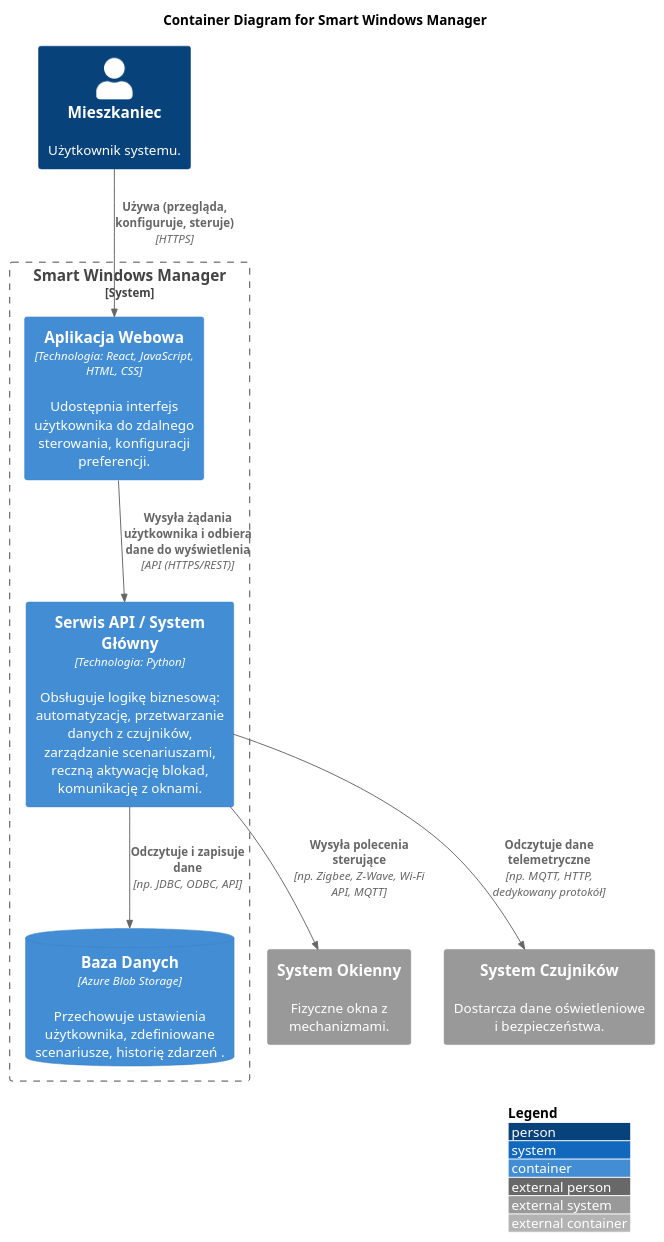
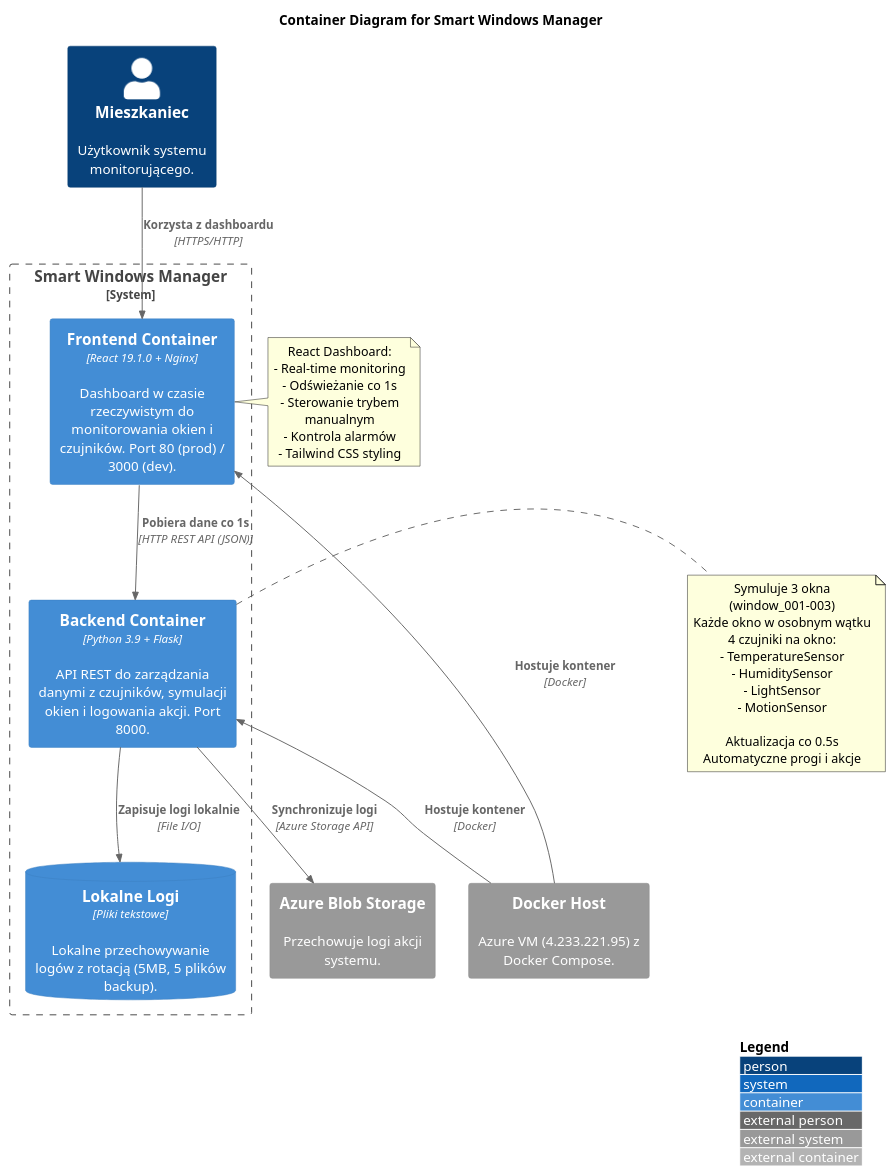
The diagram in Diagram C4/Container Diagram.plantuml (dolhan12211/Smart_Windows_Manager), drawn with PlantUML before and after one commit. The commit also changed 4 other files, not shown here.

```diff
--- a/Diagram C4/Container Diagram.plantuml
+++ b/Diagram C4/Container Diagram.plantuml
@@ -1,26 +1,50 @@
 @startuml
 !include https://raw.githubusercontent.com/plantuml-stdlib/C4-PlantUML/master/C4_Container.puml
 
 LAYOUT_WITH_LEGEND()
 
 title Container Diagram for Smart Windows Manager
 
-Person(user, "Mieszkaniec", "Użytkownik systemu.")
+Person(user, "Mieszkaniec", "Użytkownik systemu monitorującego.")
 
-System_Ext(physical_windows, "System Okienny", "Fizyczne okna z mechanizmami.")
-System_Ext(sensor_system, "System Czujników", "Dostarcza dane oświetleniowe i bezpieczeństwa.")
+System_Ext(azure_storage, "Azure Blob Storage", "Przechowuje logi akcji systemu.")
+System_Ext(docker_host, "Docker Host", "Azure VM (4.233.221.95) z Docker Compose.")
 
 System_Boundary(c1, "Smart Windows Manager") {
-    Container(web_app, "Aplikacja Webowa", "Technologia: React, JavaScript, HTML, CSS", "Udostępnia interfejs użytkownika do zdalnego sterowania, konfiguracji preferencji.")
-    Container(api_service, "Serwis API / System Główny", "Technologia: Python", "Obsługuje logikę biznesową: automatyzację, przetwarzanie danych z czujników, zarządzanie scenariuszami, reczną aktywację blokad, komunikację z oknami.")
-    ContainerDb(database, "Baza Danych", "Azure Blob Storage", "Przechowuje ustawienia użytkownika, zdefiniowane scenariusze, historię zdarzeń .")
+    Container(frontend, "Frontend Container", "React 19.1.0 + Nginx", "Dashboard w czasie rzeczywistym do monitorowania okien i czujników. Port 80 (prod) / 3000 (dev).")
+    Container(backend, "Backend Container", "Python 3.9 + Flask", "API REST do zarządzania danymi z czujników, symulacji okien i logowania akcji. Port 8000.")
+    ContainerDb(local_logs, "Lokalne Logi", "Pliki tekstowe", "Lokalne przechowywanie logów z rotacją (5MB, 5 plików backup).")
 }
 
-Rel_D(user, web_app, "Używa (przegląda, konfiguruje, steruje)", "HTTPS")
-Rel_D(web_app, api_service, "Wysyła żądania użytkownika i odbiera dane do wyświetlenia", "API (HTTPS/REST)")
+Rel_D(user, frontend, "Korzysta z dashboardu", "HTTPS/HTTP")
+Rel_D(frontend, backend, "Pobiera dane co 1s", "HTTP REST API (JSON)")
 
-Rel_D(api_service, database, "Odczytuje i zapisuje dane", "np. JDBC, ODBC, API")
-Rel_D(api_service, physical_windows, "Wysyła polecenia sterujące", "np. Zigbee, Z-Wave, Wi-Fi API, MQTT")
-Rel_D(api_service, sensor_system, "Odczytuje dane telemetryczne", "np. MQTT, HTTP, dedykowany protokół")
+Rel_D(backend, local_logs, "Zapisuje logi lokalnie", "File I/O")
+Rel_D(backend, azure_storage, "Synchronizuje logi", "Azure Storage API")
+
+Rel_U(docker_host, frontend, "Hostuje kontener", "Docker")
+Rel_U(docker_host, backend, "Hostuje kontener", "Docker")
+
+note right of backend
+  Symuluje 3 okna (window_001-003)
+  Każde okno w osobnym wątku
+  4 czujniki na okno:
+  - TemperatureSensor
+  - HumiditySensor  
+  - LightSensor
+  - MotionSensor
+  
+  Aktualizacja co 0.5s
+  Automatyczne progi i akcje
+end note
+
+note right of frontend
+  React Dashboard:
+  - Real-time monitoring
+  - Odświeżanie co 1s
+  - Sterowanie trybem manualnym
+  - Kontrola alarmów
+  - Tailwind CSS styling
+end note
 
 @enduml
```
